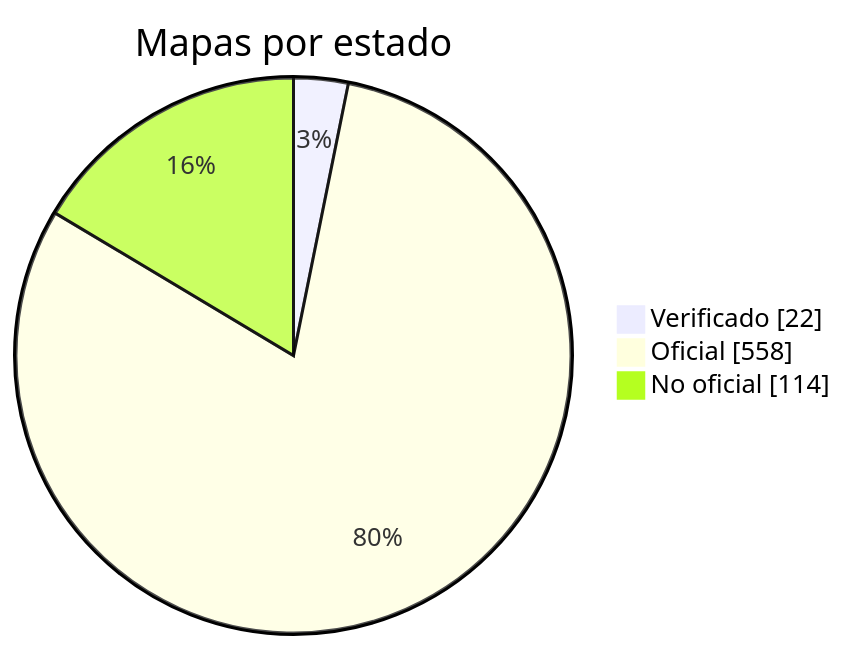
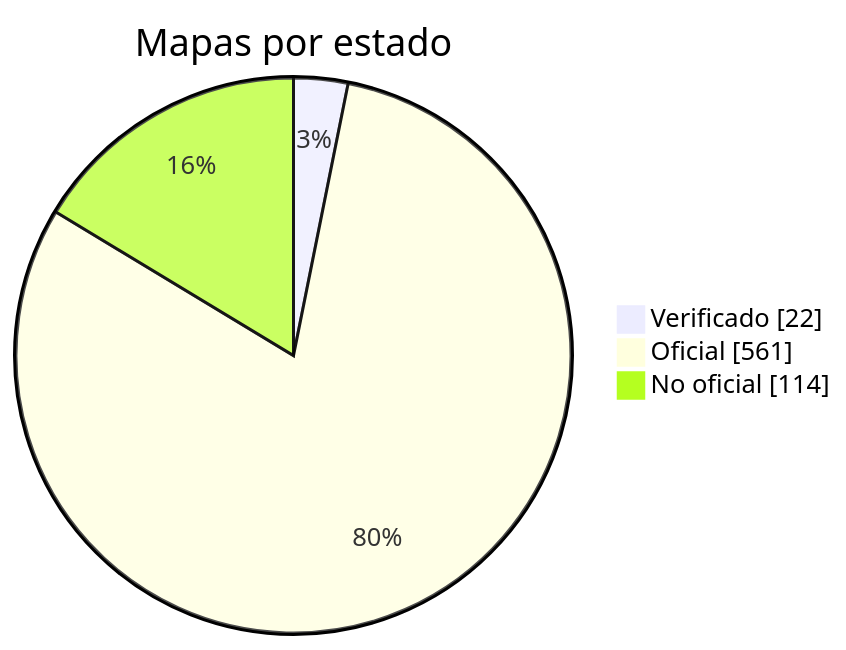
Before and after one commit to nobrega8/mbmap-library: the diagram in docs/readme/README_ES.md, drawn with Mermaid. The commit also changed 8 other files, not shown here.

````diff
--- a/docs/readme/README_ES.md
+++ b/docs/readme/README_ES.md
@@ -54,7 +54,7 @@
 ```mermaid
 pie showData
     title Mapas por estado
     "Verificado" : 22
-    "Oficial" : 558
+    "Oficial" : 561
     "No oficial" : 114
 ```
````
